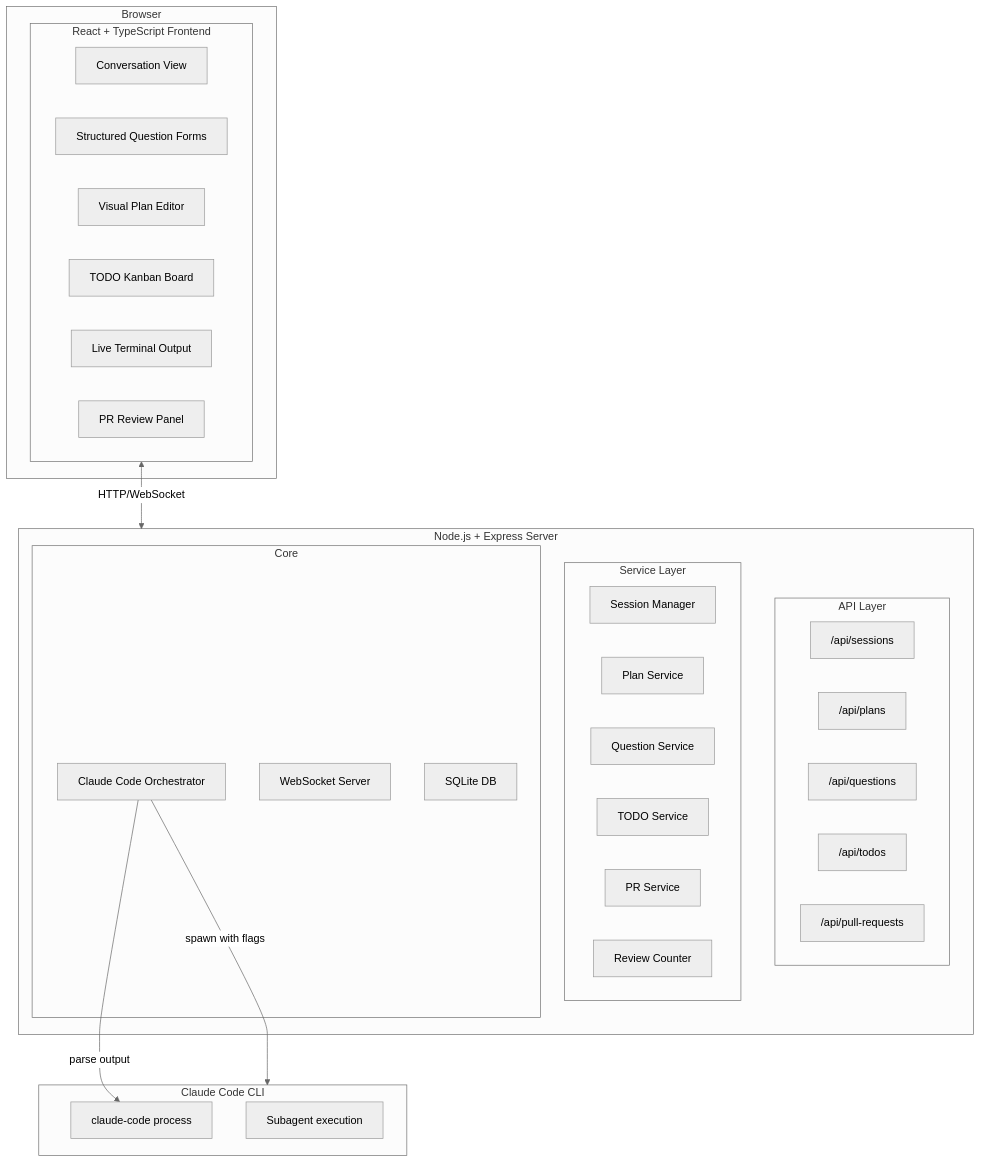
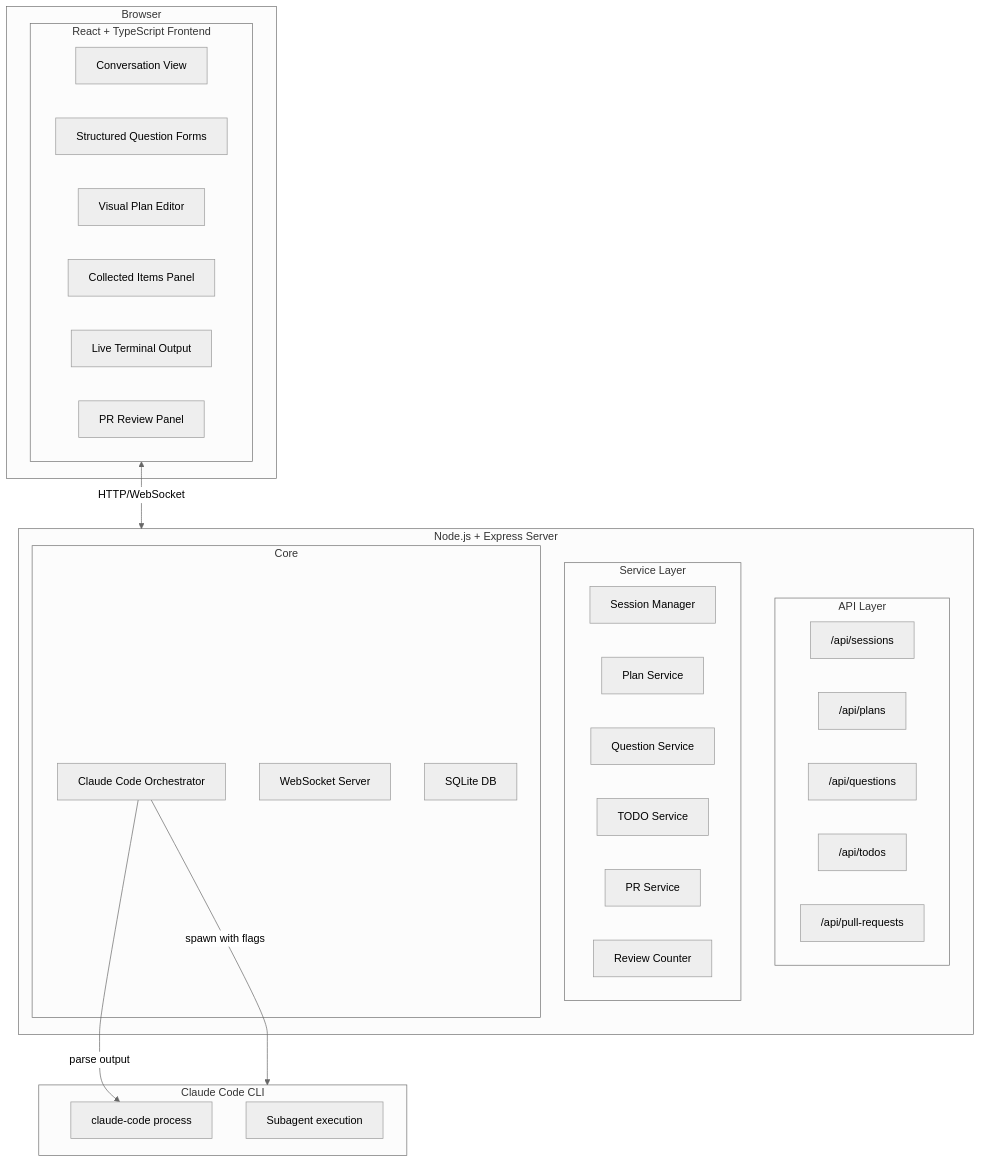
The second of 15 diagrams in README.md (clrke/ralph-web), drawn with Mermaid (neutral theme) before and after one commit. The commit also changed other lines of this file, not shown here.

````diff
--- a/README.md
+++ b/README.md
@@ -132,45 +132,45 @@
 ```mermaid
 flowchart TB
     subgraph Browser["Browser"]
         subgraph Frontend["React + TypeScript Frontend"]
             Chat["Conversation View"]
             Forms["Structured Question Forms"]
             PlanEditor["Visual Plan Editor"]
-            TodoKanban["TODO Kanban Board"]
+            CollectedItems["Collected Items Panel"]
             Terminal["Live Terminal Output"]
             PRView["PR Review Panel"]
         end
     end
 
     subgraph Server["Node.js + Express Server"]
         subgraph API["API Layer"]
             SessionAPI["/api/sessions"]
             PlanAPI["/api/plans"]
             QuestionsAPI["/api/questions"]
             TodoAPI["/api/todos"]
             PRAPI["/api/pull-requests"]
         end
         subgraph Services["Service Layer"]
             SessionMgr["Session Manager"]
             PlanService["Plan Service"]
             QuestionService["Question Service"]
             TodoService["TODO Service"]
             PRService["PR Service"]
             ReviewService["Review Counter"]
         end
         subgraph Core["Core"]
             ClaudeOrchestrator["Claude Code Orchestrator"]
             WSServer["WebSocket Server"]
             SQLite["SQLite DB"]
         end
     end
 
     subgraph ClaudeCode["Claude Code CLI"]
         CC["claude-code process"]
         Subagents["Subagent execution"]
     end
 
     Frontend <-->|HTTP/WebSocket| Server
     ClaudeOrchestrator -->|"spawn with flags"| ClaudeCode
     ClaudeOrchestrator -->|"parse output"| CC
 ```
````
